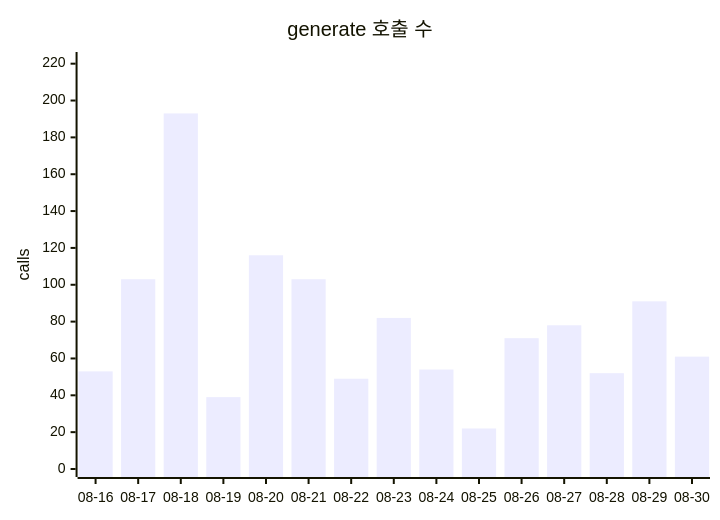
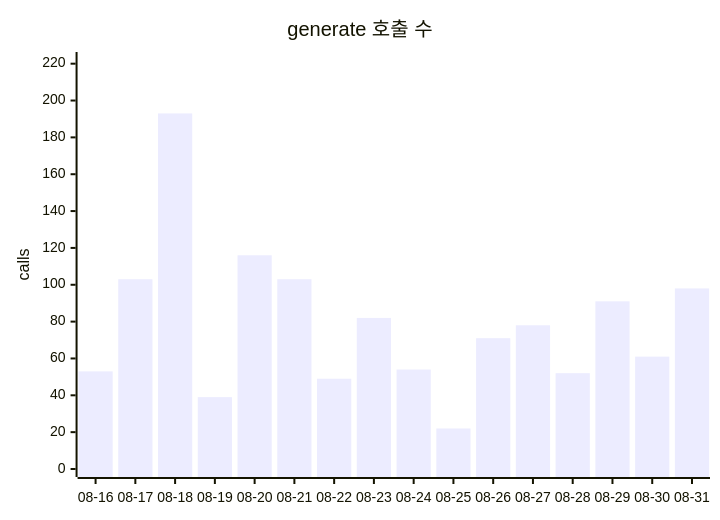
Before and after one commit to userri/PinQ-backend: the first of 2 diagrams in docs/data/token-usage.md, drawn with Mermaid. The commit also changed other lines of this file and 3 other files, not shown here.

````diff
--- a/docs/data/token-usage.md
+++ b/docs/data/token-usage.md
@@ -77,7 +80,7 @@
 ```mermaid
 xychart-beta
     title "generate 호출 수"
-    x-axis ["08-16", "08-17", "08-18", "08-19", "08-20", "08-21", "08-22", "08-23", "08-24", "08-25", "08-26", "08-27", "08-28", "08-29", "08-30"]
+    x-axis ["08-16", "08-17", "08-18", "08-19", "08-20", "08-21", "08-22", "08-23", "08-24", "08-25", "08-26", "08-27", "08-28", "08-29", "08-30", "08-31"]
     y-axis "calls" 0 --> 222
-    bar [53, 103, 193, 39, 116, 103, 49, 82, 54, 22, 71, 78, 52, 91, 61]
+    bar [53, 103, 193, 39, 116, 103, 49, 82, 54, 22, 71, 78, 52, 91, 61, 98]
 ```
````
